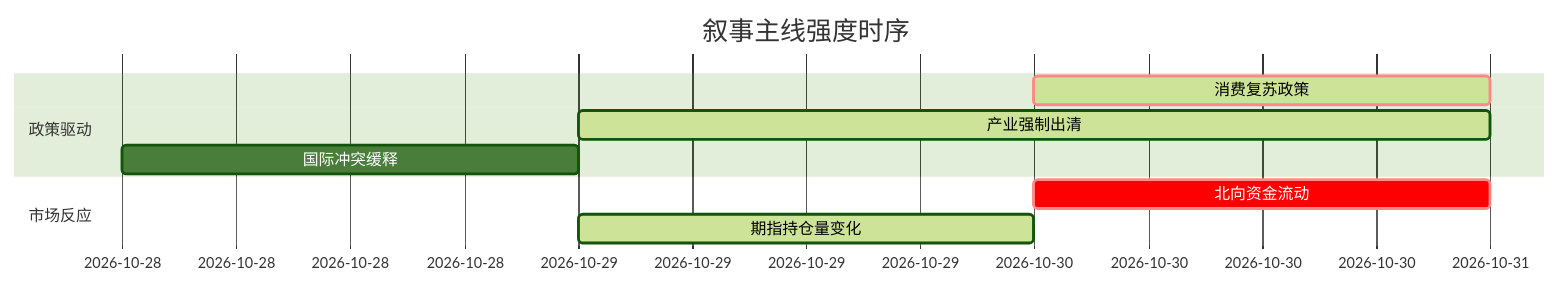
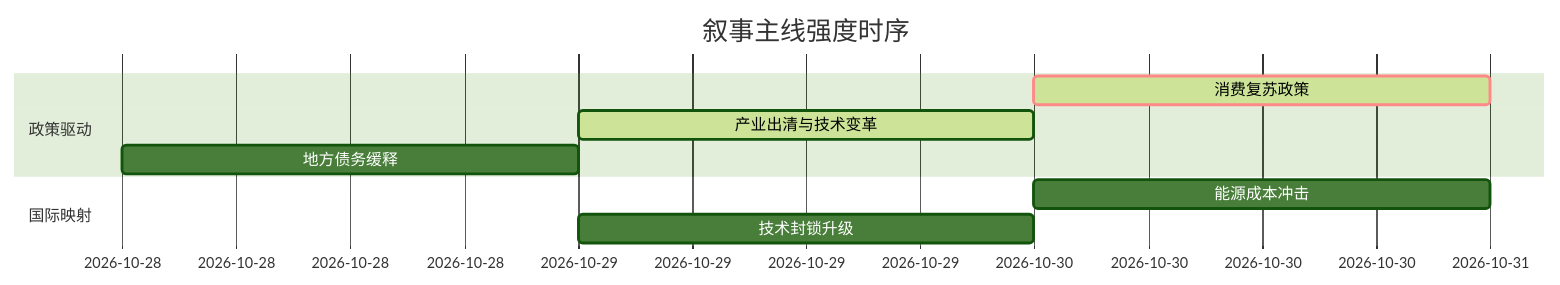
Before and after one commit to uu5zn/uu5zn.github.io: the diagram in 5day_report.md, drawn with Mermaid (forest theme). The commit also changed other lines of this file and 23 other files, not shown here.

````diff
--- a/5day_report.md
+++ b/5day_report.md
@@ -48,13 +45,13 @@
 ```mermaid
 gantt
     title 叙事主线强度时序
     dateFormat  YYYY-MM-DD
     section 政策驱动
     消费复苏政策   :crit, active, 2026-10-30, 1d
-    产业强制出清   :active, 2026-10-29, 2d
-    国际冲突缓释   :2026-10-28, 1d
+    产业出清与技术变革 :active, 2026-10-29, 1d
+    地方债务缓释   :2026-10-28, 1d
     
-    section 市场反应
-    北向资金流动   :crit, 2026-10-30, 1d
-    期指持仓量变化 :active, 2026-10-29, 1d
+    section 国际映射
+    能源成本冲击   :2026-10-30, 1d
+    技术封锁升级   :2026-10-29, 1d
 ```
````
